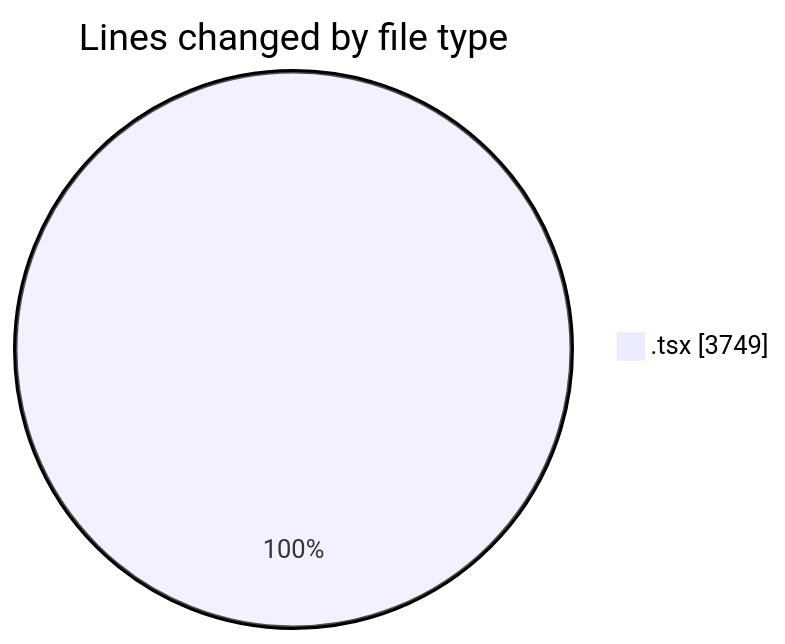
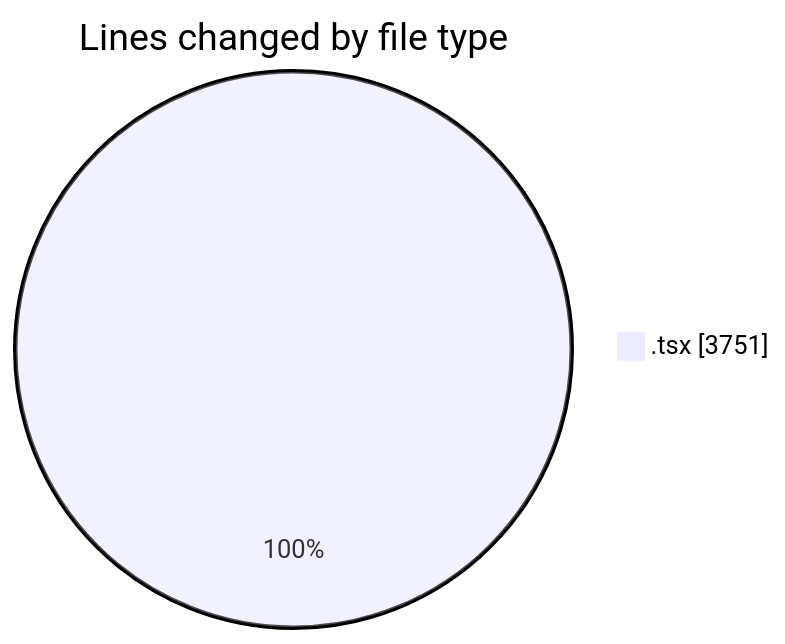
Before and after one commit to nxtqubesakshisongat/code-tracking: the first of 2 diagrams in 2026-04-01/nxtqube_webapp/README.md, drawn with Mermaid. The commit also changed other lines of this file and 1 other file, not shown here.

````diff
--- a/2026-04-01/nxtqube_webapp/README.md
+++ b/2026-04-01/nxtqube_webapp/README.md
@@ -21,5 +21,5 @@
 ```mermaid
 pie showData
 title Lines changed by file type
-".tsx" : 3749
+".tsx" : 3751
 ```
````
